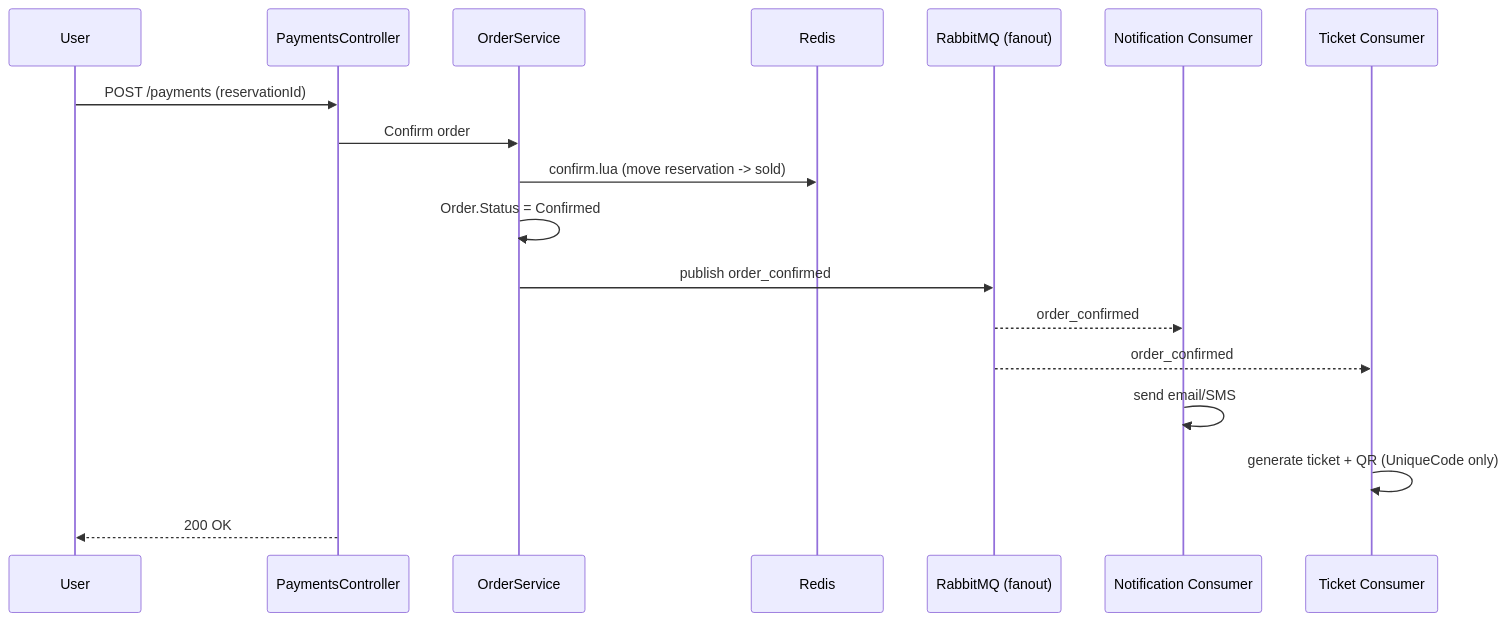
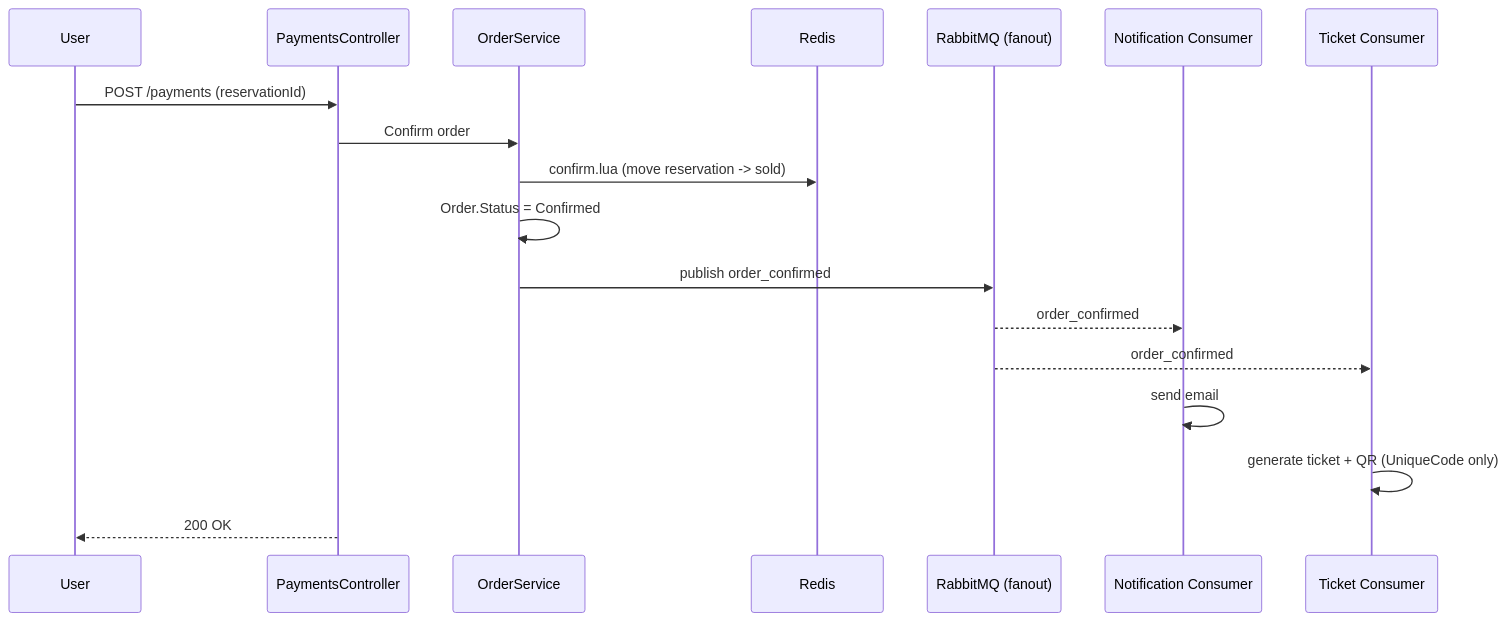
Before and after one commit to KianSharifan/EventTicketManagment: the third of 4 diagrams in README.md, drawn with Mermaid. The commit also changed other lines of this file, not shown here.

````diff
--- a/README.md
+++ b/README.md
@@ -123,21 +124,21 @@
 ```mermaid
 sequenceDiagram
     participant U as User
     participant P as PaymentsController
     participant O as OrderService
     participant Rd as Redis
     participant Mq as RabbitMQ (fanout)
     participant NC as Notification Consumer
     participant TC as Ticket Consumer
 
     U->>P: POST /payments (reservationId)
     P->>O: Confirm order
     O->>Rd: confirm.lua (move reservation -> sold)
     O->>O: Order.Status = Confirmed
     O->>Mq: publish order_confirmed
     Mq-->>NC: order_confirmed
     Mq-->>TC: order_confirmed
-    NC->>NC: send email/SMS
+    NC->>NC: send email
     TC->>TC: generate ticket + QR (UniqueCode only)
     P-->>U: 200 OK
 ```
````
